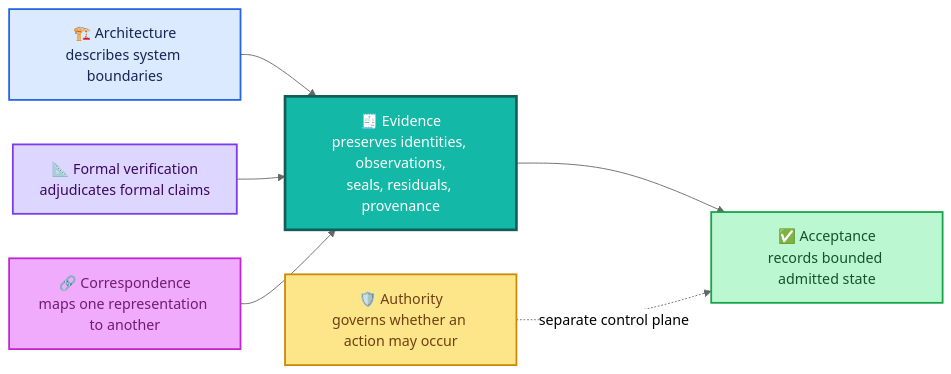
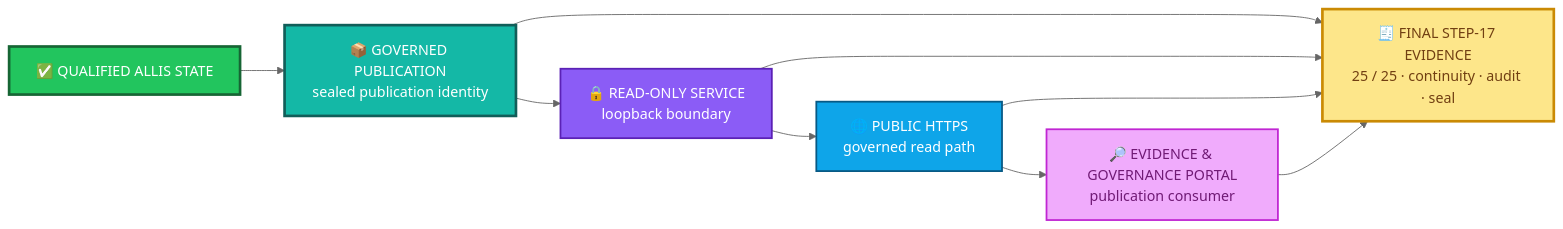
One commit to kiddstechnical/ALLIS-Artificial-Learning-and-Location-Intelligence-System changed the first of 2 diagrams in evidence/README.md. Above: the diagram before and after it, drawn with Mermaid (neutral theme). The commit also changed other lines of this file, not shown here.

````diff
--- a/evidence/README.md
+++ b/evidence/README.md
@@ -38,22 +35,31 @@
 ```mermaid
 flowchart LR
-    A["🏗️ Architecture<br/>describes system boundaries"]:::arch
-    F["📐 Formal verification<br/>adjudicates formal claims"]:::formal
-    C["🔗 Correspondence<br/>maps one representation to another"]:::corr
-    E["🧾 Evidence<br/>preserves identities, observations,<br/>seals, residuals, provenance"]:::evidence
-    AC["✅ Acceptance<br/>records bounded admitted state"]:::accept
-    AU["🛡️ Authority<br/>governs whether an action may occur"]:::authority
+    Q["✅ QUALIFIED ALLIS STATE"]:::qualified
 
-    A --> E
-    F --> E
-    C --> E
-    E --> AC
-    AU -. "separate control plane" .-> AC
+    P["📦 GOVERNED PUBLICATION<br/>sealed publication identity"]:::publication
 
-    classDef arch fill:#dbeafe,stroke:#2563eb,color:#172554,stroke-width:2px;
-    classDef formal fill:#ddd6fe,stroke:#7c3aed,color:#3b0764,stroke-width:2px;
-    classDef corr fill:#f0abfc,stroke:#c026d3,color:#701a75,stroke-width:2px;
-    classDef evidence fill:#14b8a6,stroke:#115e59,color:#ffffff,stroke-width:3px;
-    classDef accept fill:#bbf7d0,stroke:#16a34a,color:#14532d,stroke-width:2px;
-    classDef authority fill:#fde68a,stroke:#ca8a04,color:#713f12,stroke-width:2px;
+    S["🔒 READ-ONLY SERVICE<br/>loopback boundary"]:::service
+
+    H["🌐 PUBLIC HTTPS<br/>governed read path"]:::http
+
+    G["🔎 EVIDENCE & GOVERNANCE PORTAL<br/>publication consumer"]:::gui
+
+    E["🧾 FINAL STEP-17 EVIDENCE<br/>25 / 25 · continuity · audit · seal"]:::evidence
+
+    Q --> P
+    P --> S
+    S --> H
+    H --> G
+
+    P --> E
+    S --> E
+    H --> E
+    G --> E
+
+    classDef qualified fill:#22c55e,stroke:#166534,color:#ffffff,stroke-width:3px;
+    classDef publication fill:#14b8a6,stroke:#115e59,color:#ffffff,stroke-width:3px;
+    classDef service fill:#8b5cf6,stroke:#5b21b6,color:#ffffff,stroke-width:2px;
+    classDef http fill:#0ea5e9,stroke:#075985,color:#ffffff,stroke-width:2px;
+    classDef gui fill:#f0abfc,stroke:#c026d3,color:#701a75,stroke-width:2px;
+    classDef evidence fill:#fde68a,stroke:#ca8a04,color:#713f12,stroke-width:3px;
 ```
````
